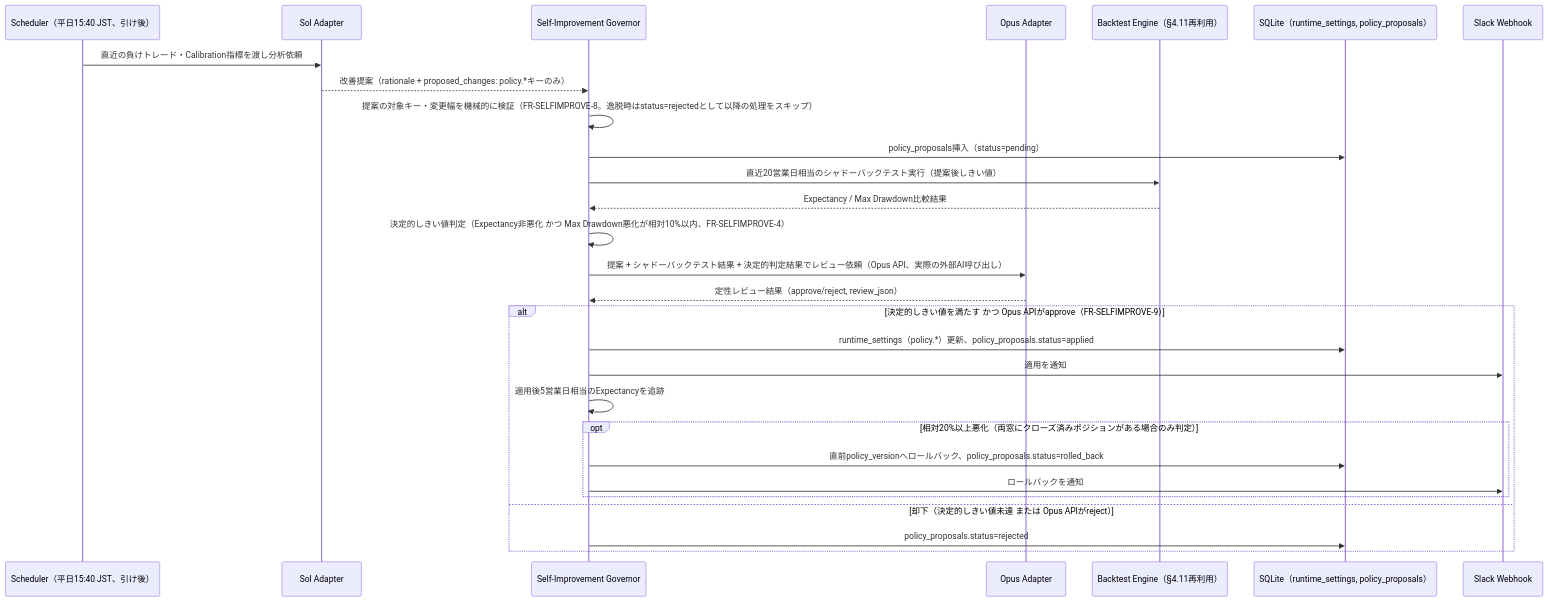
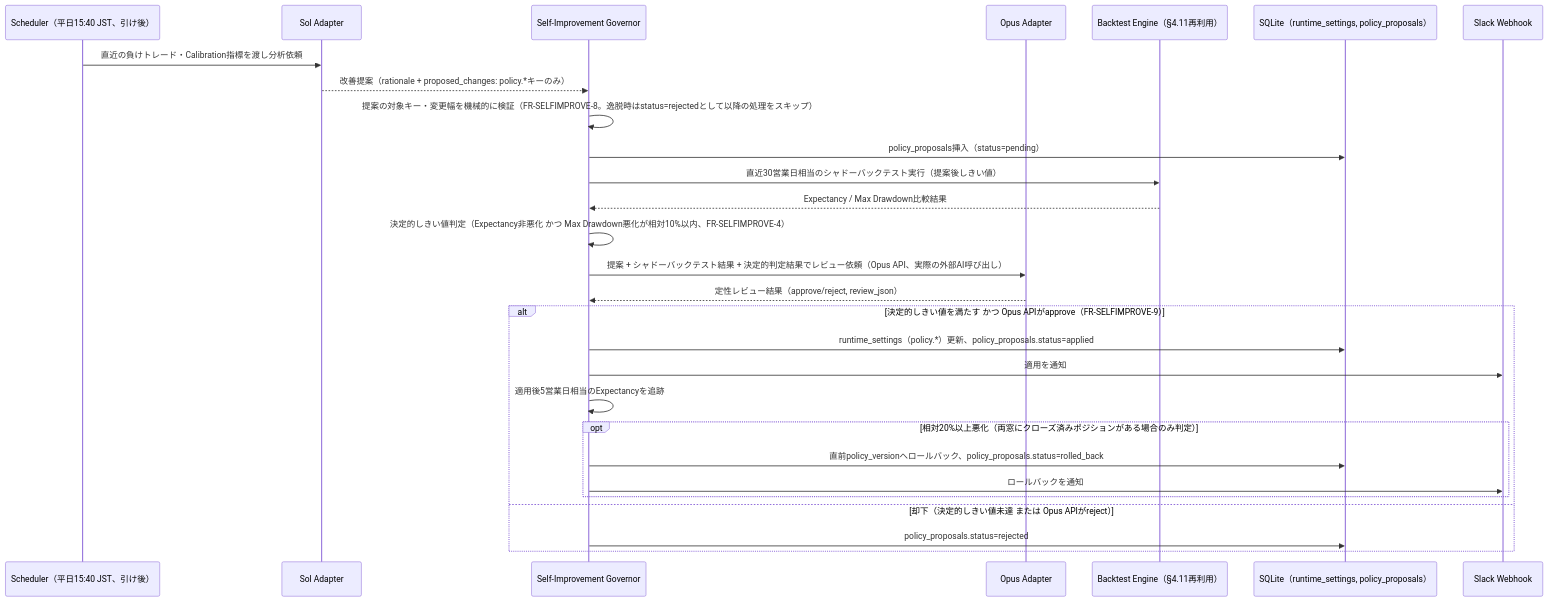
Before and after one commit to ousiassllc/pitha-trador: the second of 4 diagrams in docs/architecture/overview/integrations.md, drawn with Mermaid. The commit also changed 33 other files, not shown here.

````diff
--- a/docs/architecture/overview/integrations.md
+++ b/docs/architecture/overview/integrations.md
@@ -151,31 +151,31 @@
 ```mermaid
 sequenceDiagram
     participant SCHED as Scheduler（平日15:40 JST、引け後）
     participant SOL as Sol Adapter
     participant GOV as Self-Improvement Governor
     participant OPUS as Opus Adapter
     participant BT as Backtest Engine（§4.11再利用）
     participant DB as SQLite（runtime_settings, policy_proposals）
     participant SLACK as Slack Webhook
 
     SCHED->>SOL: 直近の負けトレード・Calibration指標を渡し分析依頼
     SOL-->>GOV: 改善提案（rationale + proposed_changes: policy.*キーのみ）
     GOV->>GOV: 提案の対象キー・変更幅を機械的に検証（FR-SELFIMPROVE-8。逸脱時はstatus=rejectedとして以降の処理をスキップ）
     GOV->>DB: policy_proposals挿入（status=pending）
-    GOV->>BT: 直近20営業日相当のシャドーバックテスト実行（提案後しきい値）
+    GOV->>BT: 直近30営業日相当のシャドーバックテスト実行（提案後しきい値）
     BT-->>GOV: Expectancy / Max Drawdown比較結果
     GOV->>GOV: 決定的しきい値判定（Expectancy非悪化 かつ Max Drawdown悪化が相対10%以内、FR-SELFIMPROVE-4）
     GOV->>OPUS: 提案 + シャドーバックテスト結果 + 決定的判定結果でレビュー依頼（Opus API、実際の外部AI呼び出し）
     OPUS-->>GOV: 定性レビュー結果（approve/reject, review_json）
     alt 決定的しきい値を満たす かつ Opus APIがapprove（FR-SELFIMPROVE-9）
         GOV->>DB: runtime_settings（policy.*）更新、policy_proposals.status=applied
         GOV->>SLACK: 適用を通知
         GOV->>GOV: 適用後5営業日相当のExpectancyを追跡
         opt 相対20%以上悪化（両窓にクローズ済みポジションがある場合のみ判定）
             GOV->>DB: 直前policy_versionへロールバック、policy_proposals.status=rolled_back
             GOV->>SLACK: ロールバックを通知
         end
     else 却下（決定的しきい値未達 または Opus APIがreject）
         GOV->>DB: policy_proposals.status=rejected
     end
 ```
````
